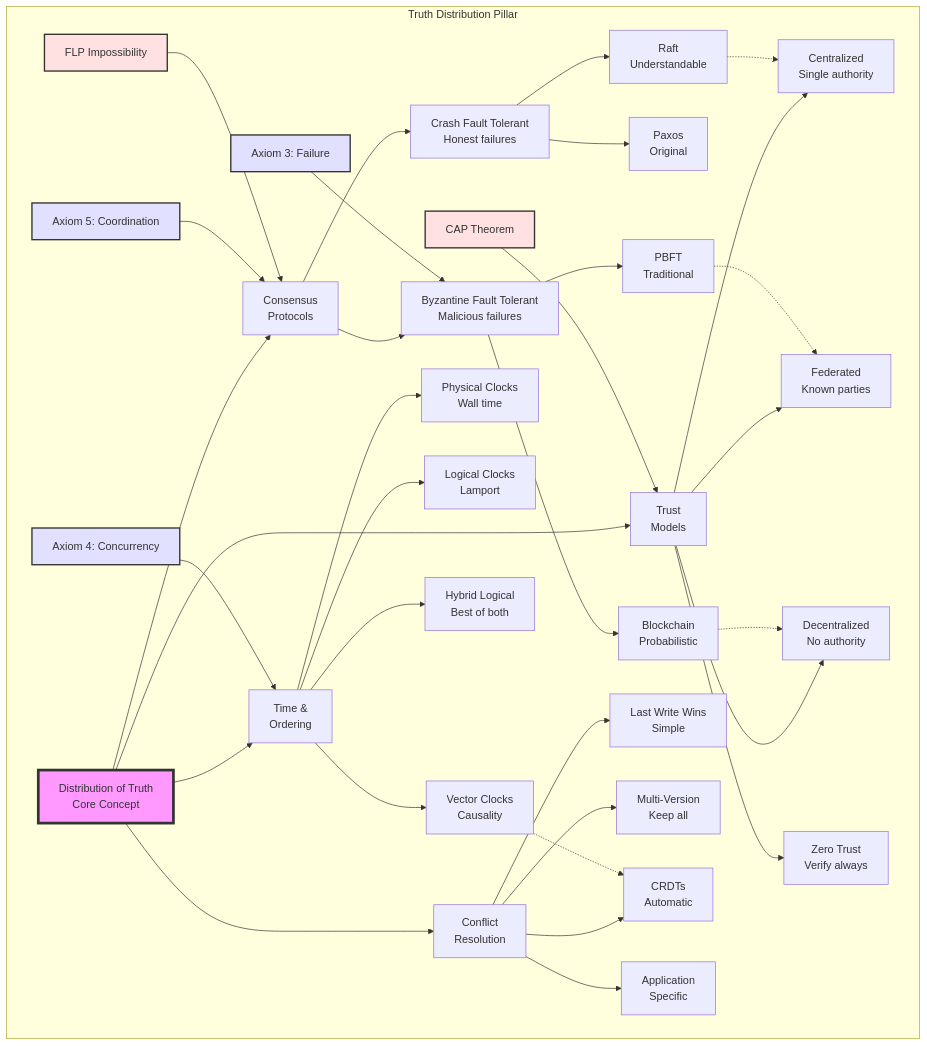
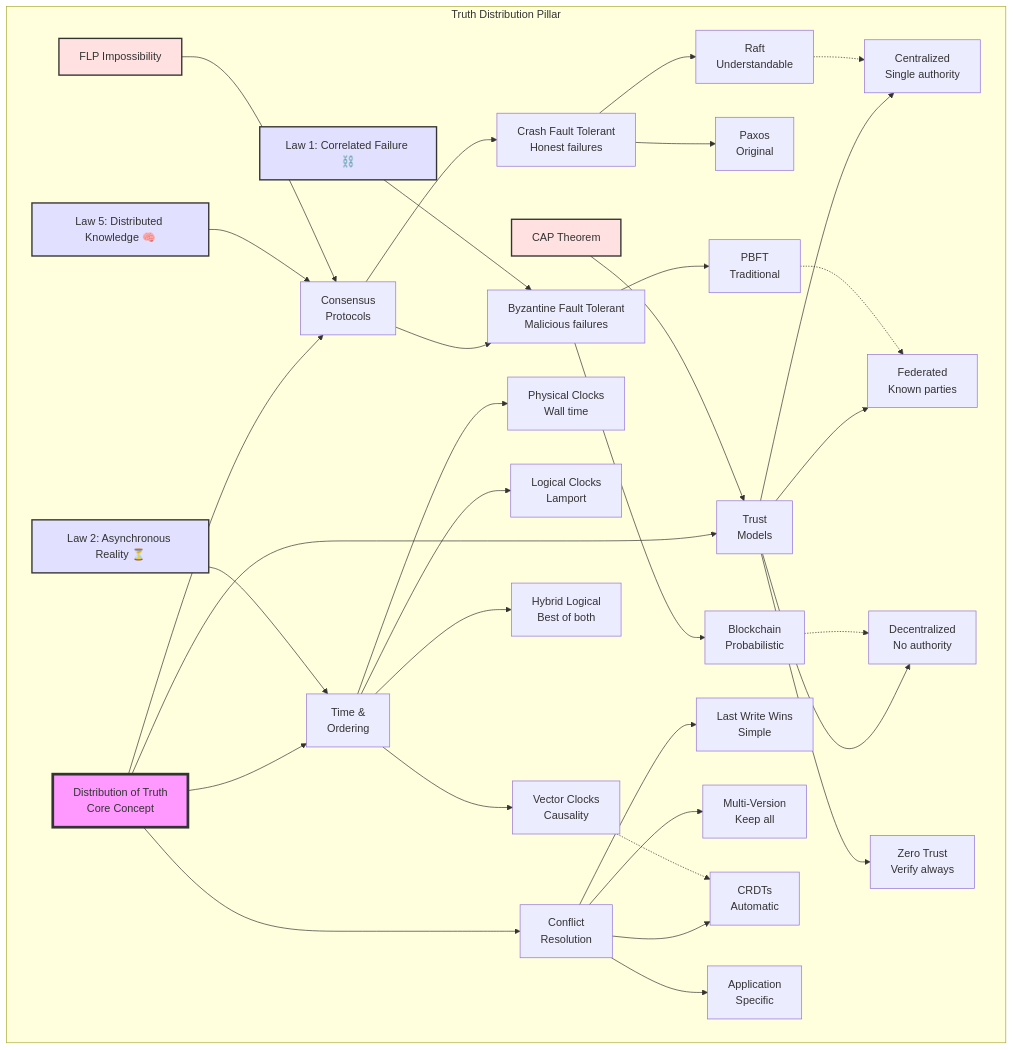
One commit to deepaucksharma/DStudio changed the sixth of 39 diagrams in docs/part2-pillars/truth/index.md. Above: the diagram before and after it, drawn with Mermaid. The commit also changed other lines of this file and 103 other files, not shown here.

````diff
--- a/docs/part2-pillars/truth/index.md
+++ b/docs/part2-pillars/truth/index.md
@@ -199,57 +199,57 @@
 ```mermaid
 graph TB
     subgraph "Truth Distribution Pillar"
         Core[Distribution of Truth<br/>Core Concept]
 
         Core --> Consensus[Consensus<br/>Protocols]
         Core --> Time[Time &<br/>Ordering]
         Core --> Conflict[Conflict<br/>Resolution]
         Core --> Trust[Trust<br/>Models]
 
         %% Consensus branch
         Consensus --> CFT[Crash Fault Tolerant<br/>Honest failures]
         Consensus --> BFT[Byzantine Fault Tolerant<br/>Malicious failures]
         CFT --> Paxos[Paxos<br/>Original]
         CFT --> Raft[Raft<br/>Understandable]
         BFT --> PBFT[PBFT<br/>Traditional]
         BFT --> Blockchain[Blockchain<br/>Probabilistic]
 
         %% Time branch
         Time --> Physical[Physical Clocks<br/>Wall time]
         Time --> Logical[Logical Clocks<br/>Lamport]
         Time --> Vector[Vector Clocks<br/>Causality]
         Time --> Hybrid[Hybrid Logical<br/>Best of both]
 
         %% Conflict branch
         Conflict --> LWW[Last Write Wins<br/>Simple]
         Conflict --> MVCC[Multi-Version<br/>Keep all]
         Conflict --> CRDTs[CRDTs<br/>Automatic]
         Conflict --> Custom[Application<br/>Specific]
 
         %% Trust branch
         Trust --> Central[Centralized<br/>Single authority]
         Trust --> Federation[Federated<br/>Known parties]
         Trust --> Decentralized[Decentralized<br/>No authority]
         Trust --> Zero[Zero Trust<br/>Verify always]
 
         %% Key relationships
         Raft -.-> Central
         Blockchain -.-> Decentralized
         Vector -.-> CRDTs
         PBFT -.-> Federation
 
-        %% Axiom connections
-        Axiom3[Axiom 3: Failure] --> BFT
-        Axiom4[Axiom 4: Concurrency] --> Time
-        Axiom5[Axiom 5: Coordination] --> Consensus
+        %% Law connections
+        Law1[Law 1: Correlated Failure ⛓️] --> BFT
+        Law2[Law 2: Asynchronous Reality ⏳] --> Time
+        Law5[Law 5: Distributed Knowledge 🧠] --> Consensus
         FLP[FLP Impossibility] --> Consensus
         CAP[CAP Theorem] --> Trust
     end
 
     style Core fill:#f9f,stroke:#333,stroke-width:4px
-    style Axiom3 fill:#e1e1ff,stroke:#333,stroke-width:2px
-    style Axiom4 fill:#e1e1ff,stroke:#333,stroke-width:2px
-    style Axiom5 fill:#e1e1ff,stroke:#333,stroke-width:2px
+    style Law1 fill:#e1e1ff,stroke:#333,stroke-width:2px
+    style Law2 fill:#e1e1ff,stroke:#333,stroke-width:2px
+    style Law5 fill:#e1e1ff,stroke:#333,stroke-width:2px
     style FLP fill:#ffe1e1,stroke:#333,stroke-width:2px
     style CAP fill:#ffe1e1,stroke:#333,stroke-width:2px
 ```
````
